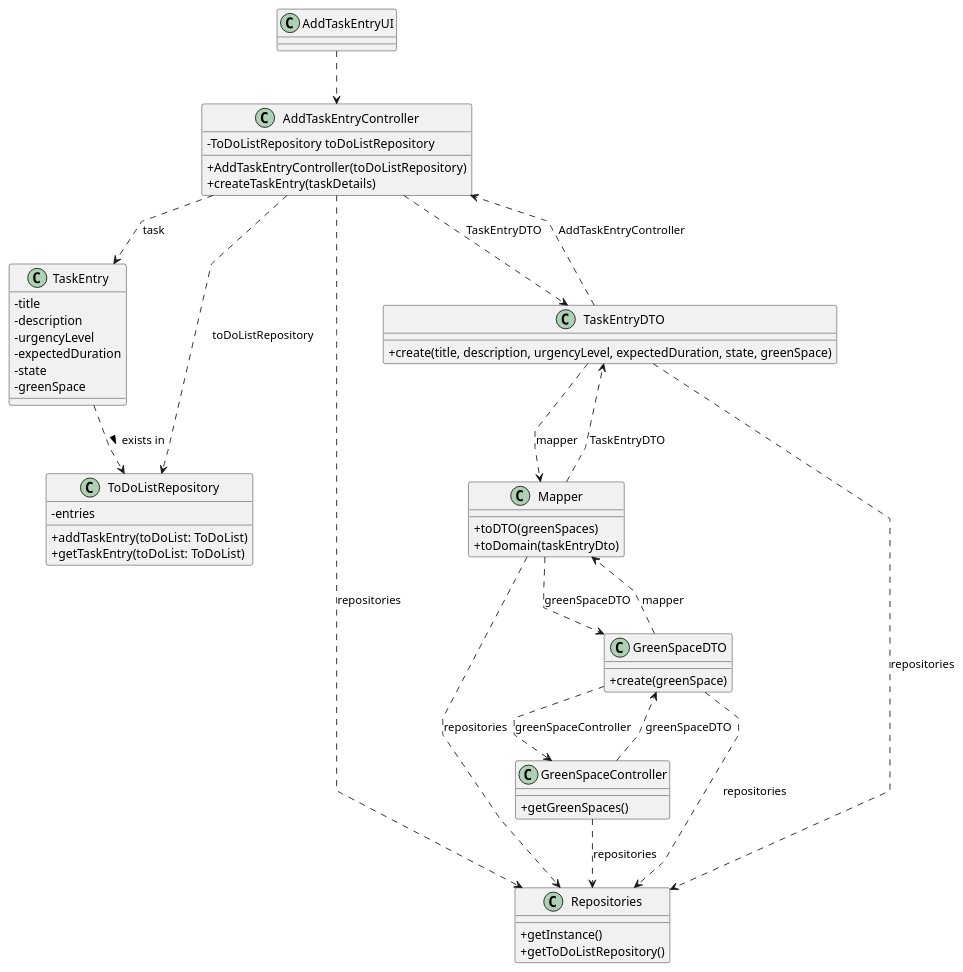
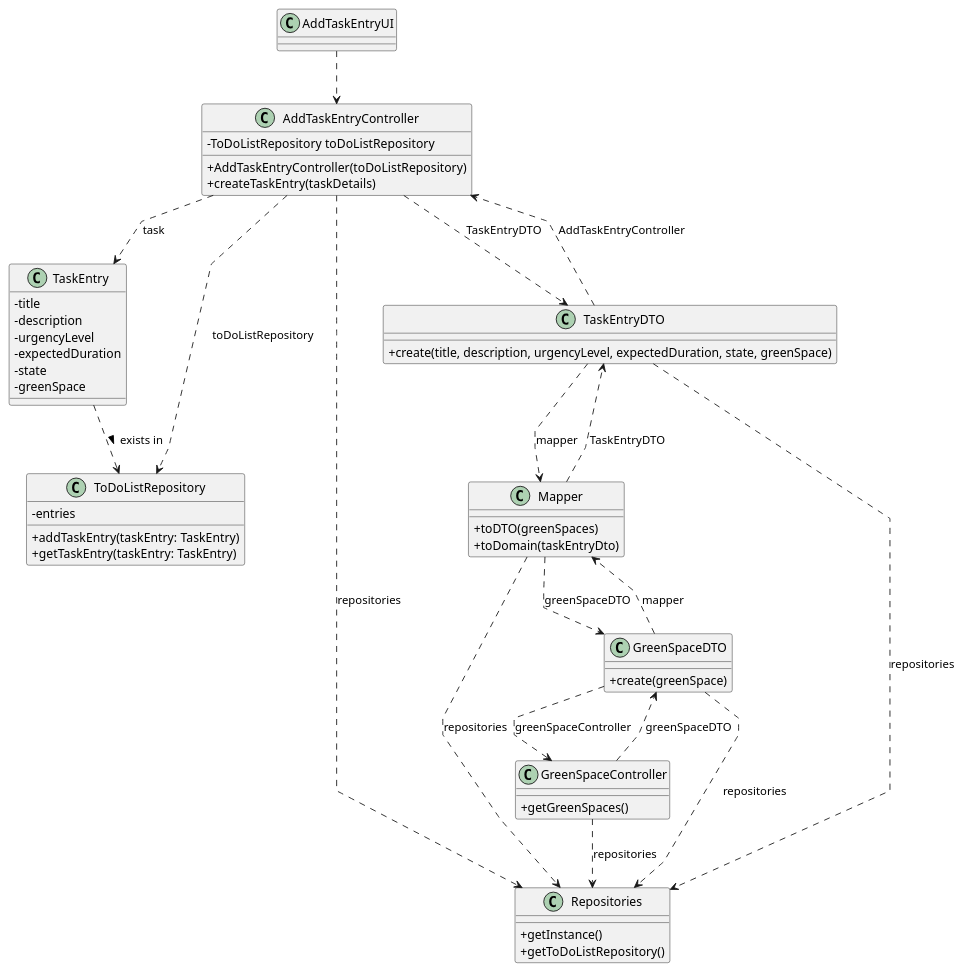
The diagram in docs/sprintC/us021/03.design/puml/us021-class-diagram.puml (Departamento-de-Engenharia-Informatica/lei-24-s2-1dkl-g134), drawn with PlantUML before and after one commit. The commit also changed 2 other files, not shown here.

```diff
--- a/docs/sprintC/us021/03.design/puml/us021-class-diagram.puml
+++ b/docs/sprintC/us021/03.design/puml/us021-class-diagram.puml
@@ -1,90 +1,90 @@
 @startuml
 'skinparam monochrome true
 skinparam packageStyle rectangle
 skinparam shadowing false
 skinparam linetype polyline
 'skinparam linetype orto
 
 skinparam classAttributeIconSize 0
 
 class "TaskEntry" {
         -title
         -description
         -urgencyLevel
         -expectedDuration
         -state
         -greenSpace
 
 }
 
 
 
 class "AddTaskEntryController" {
     - ToDoListRepository toDoListRepository
     + AddTaskEntryController(toDoListRepository)
     + createTaskEntry(taskDetails)
 }
 
 class "ToDoListRepository" {
     -entries
-    + addTaskEntry(toDoList: ToDoList)
-    + getTaskEntry(toDoList: ToDoList)
+    + addTaskEntry(taskEntry: TaskEntry)
+    + getTaskEntry(taskEntry: TaskEntry)
 }
 
 class "AddTaskEntryUI" {
 }
 
 class "Repositories" {
     + getInstance()
     + getToDoListRepository()
 }
 
 class "GreenSpaceController" {
     + getGreenSpaces()
 }
 
 class "Mapper" {
     + toDTO(greenSpaces)
     + toDomain(taskEntryDto)
 }
 
 class "GreenSpaceDTO" {
     + create(greenSpace)
 }
 
 class "TaskEntryDTO" {
     + create(title, description, urgencyLevel, expectedDuration, state, greenSpace)
 }
 
 
 
 
 
 AddTaskEntryController ..> ToDoListRepository : toDoListRepository
 
 AddTaskEntryController ..> TaskEntry : task
 TaskEntry ..> ToDoListRepository : exists in >
 AddTaskEntryUI ..> AddTaskEntryController
 
 
 AddTaskEntryController ..> Repositories : repositories
 
 GreenSpaceController ..> Repositories : repositories
 
 Mapper ..> Repositories : repositories
 GreenSpaceDTO ..> Repositories : repositories
 TaskEntryDTO ..> Repositories : repositories
 
 GreenSpaceController ..> GreenSpaceDTO : greenSpaceDTO
 GreenSpaceDTO ..> GreenSpaceController : greenSpaceController
 
 Mapper ..> GreenSpaceDTO : greenSpaceDTO
 GreenSpaceDTO ..> Mapper : mapper
 
 Mapper ..> TaskEntryDTO : TaskEntryDTO
 TaskEntryDTO ..> Mapper : mapper
 
 AddTaskEntryController ..> TaskEntryDTO : TaskEntryDTO
 TaskEntryDTO ..> AddTaskEntryController : AddTaskEntryController
 
 @enduml
```
